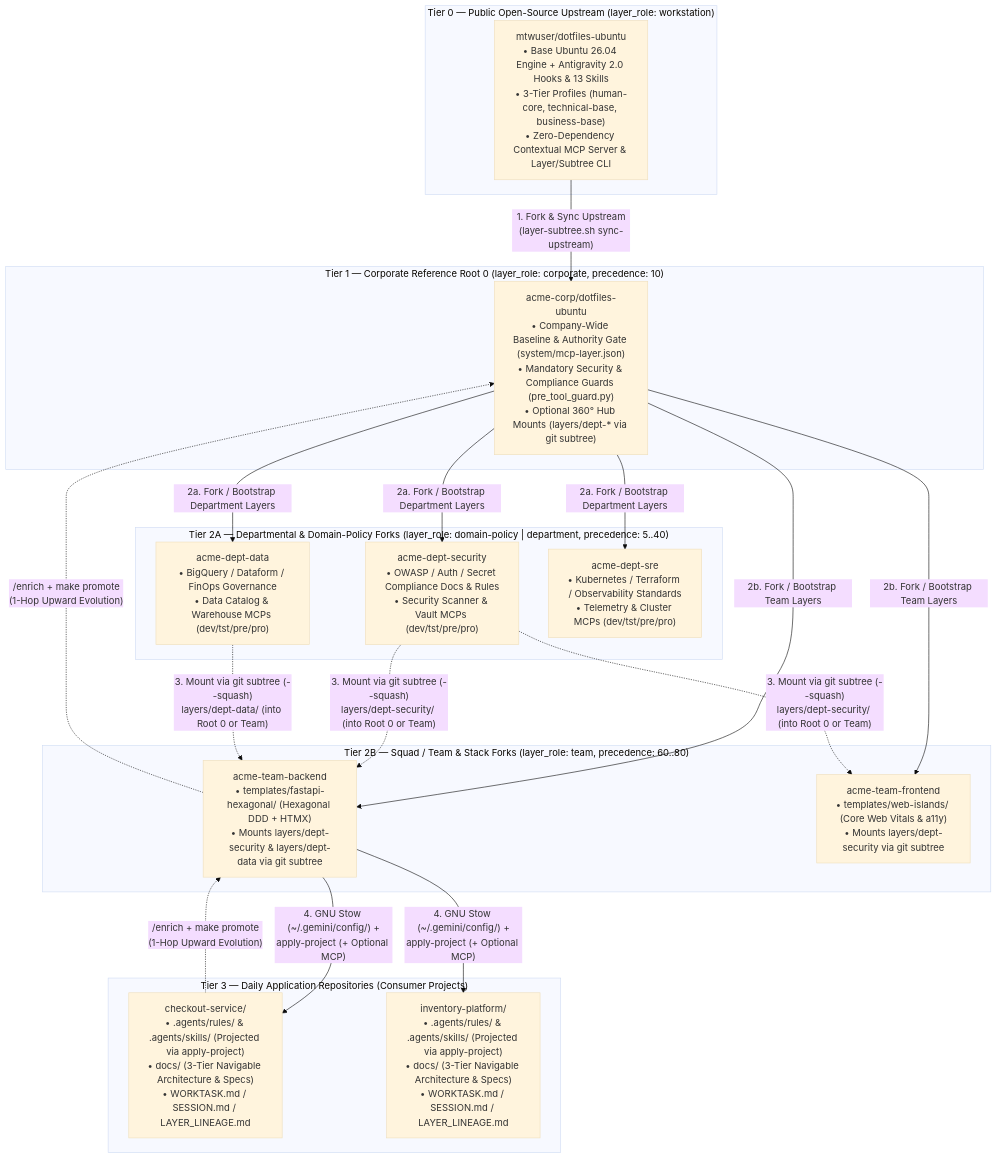
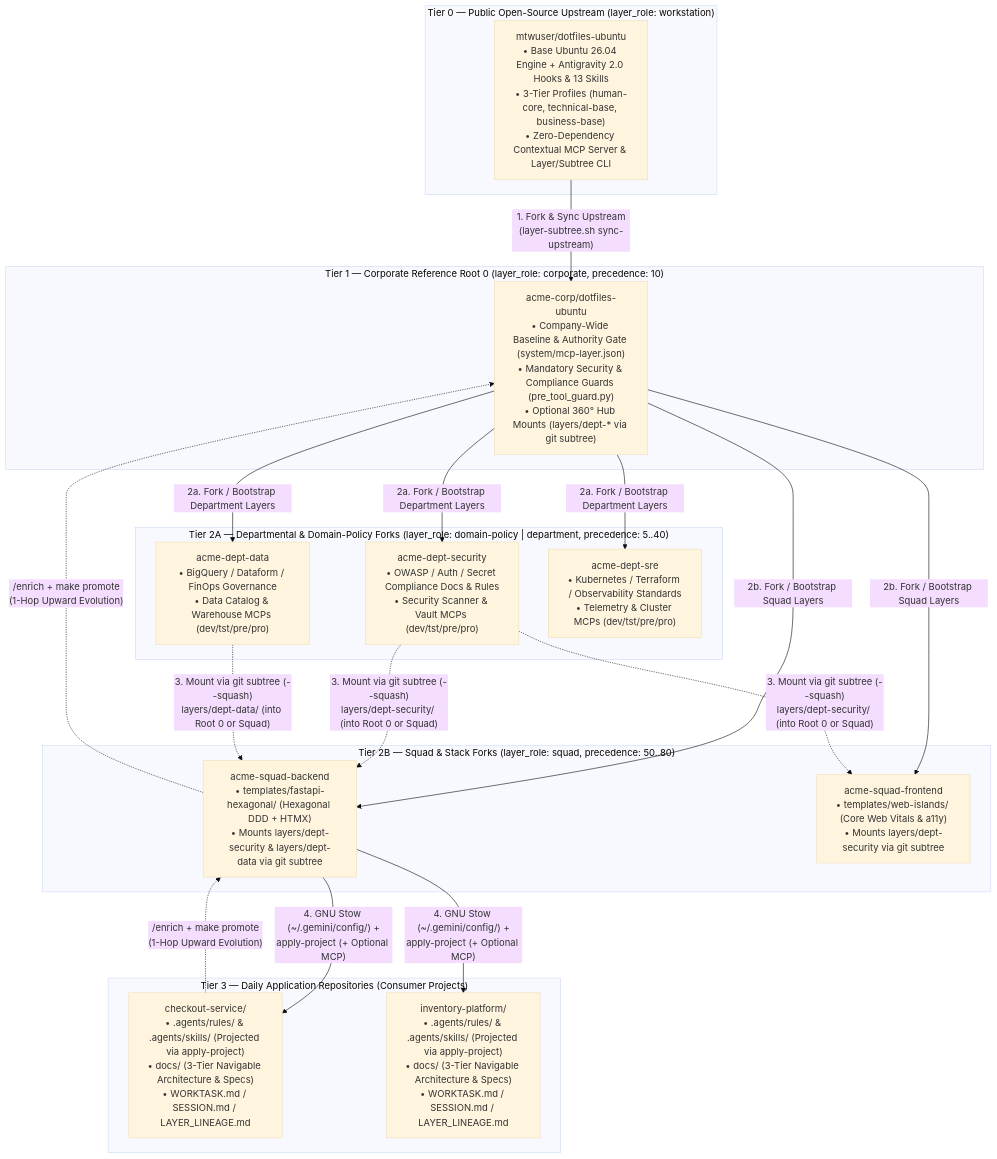
One commit to mtwuser/dotfiles-ubuntu changed the diagram in docs/reference/enterprise_pair_programming_governance.md. Above: the diagram before and after it, drawn with Mermaid (base theme). The commit also changed other lines of this file and 33 other files, not shown here.

Commit message:
feat(layers): unify squad role and add 4-tier setup blueprints with kickoff prompts

````diff
--- a/docs/reference/enterprise_pair_programming_governance.md
+++ b/docs/reference/enterprise_pair_programming_governance.md
@@ -27,43 +27,43 @@
 ```mermaid
 flowchart TD
     subgraph OSS["Tier 0 — Public Open-Source Upstream (layer_role: workstation)"]
         PUB["mtwuser/dotfiles-ubuntu\n• Base Ubuntu 26.04 Engine + Antigravity 2.0 Hooks & 13 Skills\n• 3-Tier Profiles (human-core, technical-base, business-base)\n• Zero-Dependency Contextual MCP Server & Layer/Subtree CLI"]
     end
 
     subgraph Org["Tier 1 — Corporate Reference Root 0 (layer_role: corporate, precedence: 10)"]
         CORP["acme-corp/dotfiles-ubuntu\n• Company-Wide Baseline & Authority Gate (system/mcp-layer.json)\n• Mandatory Security & Compliance Guards (pre_tool_guard.py)\n• Optional 360° Hub Mounts (layers/dept-* via git subtree)"]
     end
 
     subgraph Depts["Tier 2A — Departmental & Domain-Policy Forks (layer_role: domain-policy | department, precedence: 5..40)"]
         DEPT_SEC["acme-dept-security\n• OWASP / Auth / Secret Compliance Docs & Rules\n• Security Scanner & Vault MCPs (dev/tst/pre/pro)"]
         DEPT_DATA["acme-dept-data\n• BigQuery / Dataform / FinOps Governance\n• Data Catalog & Warehouse MCPs (dev/tst/pre/pro)"]
         DEPT_SRE["acme-dept-sre\n• Kubernetes / Terraform / Observability Standards\n• Telemetry & Cluster MCPs (dev/tst/pre/pro)"]
     end
 
-    subgraph Teams["Tier 2B — Squad / Team & Stack Forks (layer_role: team, precedence: 60..80)"]
-        TEAM_BE["acme-team-backend\n• templates/fastapi-hexagonal/ (Hexagonal DDD + HTMX)\n• Mounts layers/dept-security & layers/dept-data via git subtree"]
-        TEAM_FE["acme-team-frontend\n• templates/web-islands/ (Core Web Vitals & a11y)\n• Mounts layers/dept-security via git subtree"]
+    subgraph Squads["Tier 2B — Squad & Stack Forks (layer_role: squad, precedence: 50..80)"]
+        SQUAD_BE["acme-squad-backend\n• templates/fastapi-hexagonal/ (Hexagonal DDD + HTMX)\n• Mounts layers/dept-security & layers/dept-data via git subtree"]
+        SQUAD_FE["acme-squad-frontend\n• templates/web-islands/ (Core Web Vitals & a11y)\n• Mounts layers/dept-security via git subtree"]
     end
 
     subgraph Apps["Tier 3 — Daily Application Repositories (Consumer Projects)"]
         PROJ_A["checkout-service/\n• .agents/rules/ & .agents/skills/ (Projected via apply-project)\n• docs/ (3-Tier Navigable Architecture & Specs)\n• WORKTASK.md / SESSION.md / LAYER_LINEAGE.md"]
         PROJ_B["inventory-platform/\n• .agents/rules/ & .agents/skills/ (Projected via apply-project)\n• docs/ (3-Tier Navigable Architecture & Specs)\n• WORKTASK.md / SESSION.md / LAYER_LINEAGE.md"]
     end
 
     PUB -->|"1. Fork & Sync Upstream\n(layer-subtree.sh sync-upstream)"| CORP
     CORP -->|"2a. Fork / Bootstrap Department Layers"| DEPT_SEC
     CORP -->|"2a. Fork / Bootstrap Department Layers"| DEPT_DATA
     CORP -->|"2a. Fork / Bootstrap Department Layers"| DEPT_SRE
-    CORP -->|"2b. Fork / Bootstrap Team Layers"| TEAM_BE
-    CORP -->|"2b. Fork / Bootstrap Team Layers"| TEAM_FE
+    CORP -->|"2b. Fork / Bootstrap Squad Layers"| SQUAD_BE
+    CORP -->|"2b. Fork / Bootstrap Squad Layers"| SQUAD_FE
 
-    DEPT_SEC -.->|"3. Mount via git subtree (--squash)\nlayers/dept-security/ (into Root 0 or Team)"| TEAM_BE
-    DEPT_DATA -.->|"3. Mount via git subtree (--squash)\nlayers/dept-data/ (into Root 0 or Team)"| TEAM_BE
-    DEPT_SEC -.->|"3. Mount via git subtree (--squash)\nlayers/dept-security/ (into Root 0 or Team)"| TEAM_FE
+    DEPT_SEC -.->|"3. Mount via git subtree (--squash)\nlayers/dept-security/ (into Root 0 or Squad)"| SQUAD_BE
+    DEPT_DATA -.->|"3. Mount via git subtree (--squash)\nlayers/dept-data/ (into Root 0 or Squad)"| SQUAD_BE
+    DEPT_SEC -.->|"3. Mount via git subtree (--squash)\nlayers/dept-security/ (into Root 0 or Squad)"| SQUAD_FE
 
-    TEAM_BE -->|"4. GNU Stow (~/.gemini/config/) +\napply-project (+ Optional MCP)"| PROJ_A
-    TEAM_BE -->|"4. GNU Stow (~/.gemini/config/) +\napply-project (+ Optional MCP)"| PROJ_B
+    SQUAD_BE -->|"4. GNU Stow (~/.gemini/config/) +\napply-project (+ Optional MCP)"| PROJ_A
+    SQUAD_BE -->|"4. GNU Stow (~/.gemini/config/) +\napply-project (+ Optional MCP)"| PROJ_B
 
-    PROJ_A -.->|"/enrich + make promote\n(1-Hop Upward Evolution)"| TEAM_BE
-    TEAM_BE -.->|"/enrich + make promote\n(1-Hop Upward Evolution)"| CORP
+    PROJ_A -.->|"/enrich + make promote\n(1-Hop Upward Evolution)"| SQUAD_BE
+    SQUAD_BE -.->|"/enrich + make promote\n(1-Hop Upward Evolution)"| CORP
 ```
````
